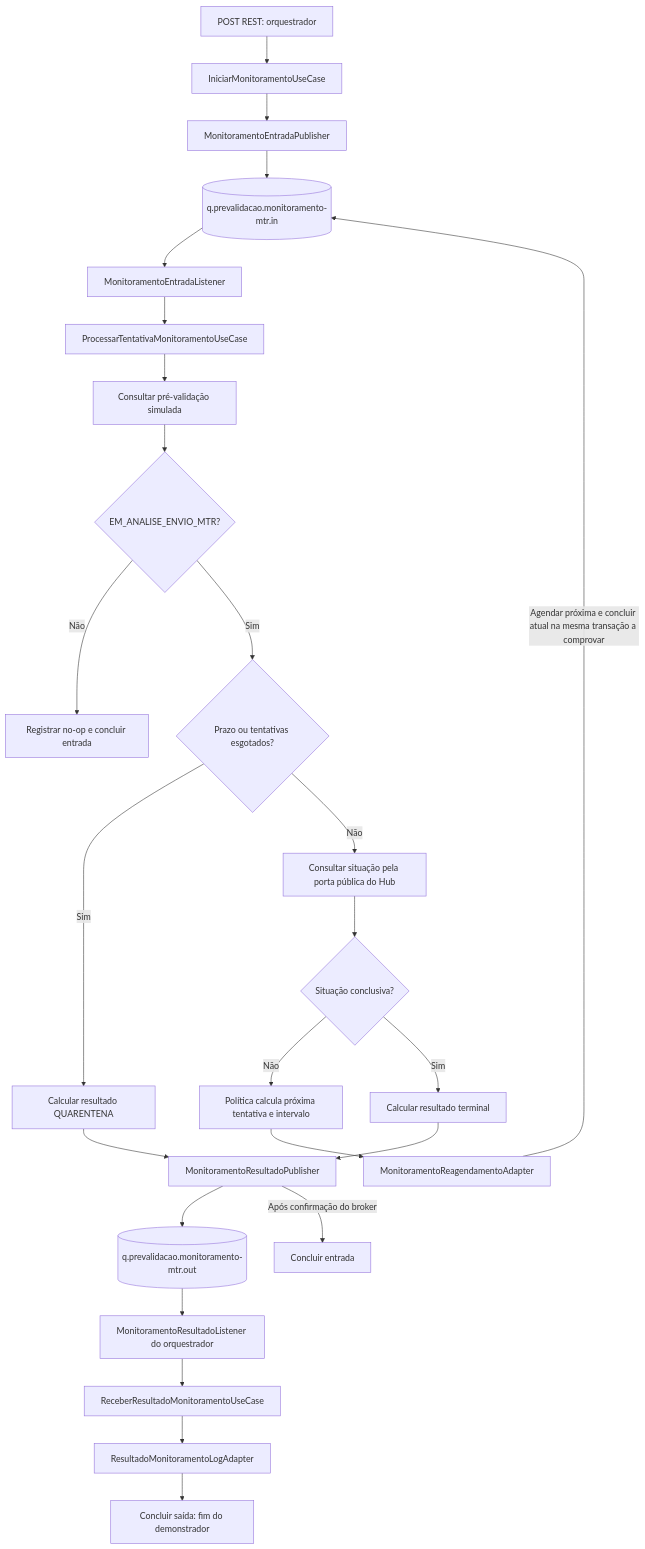
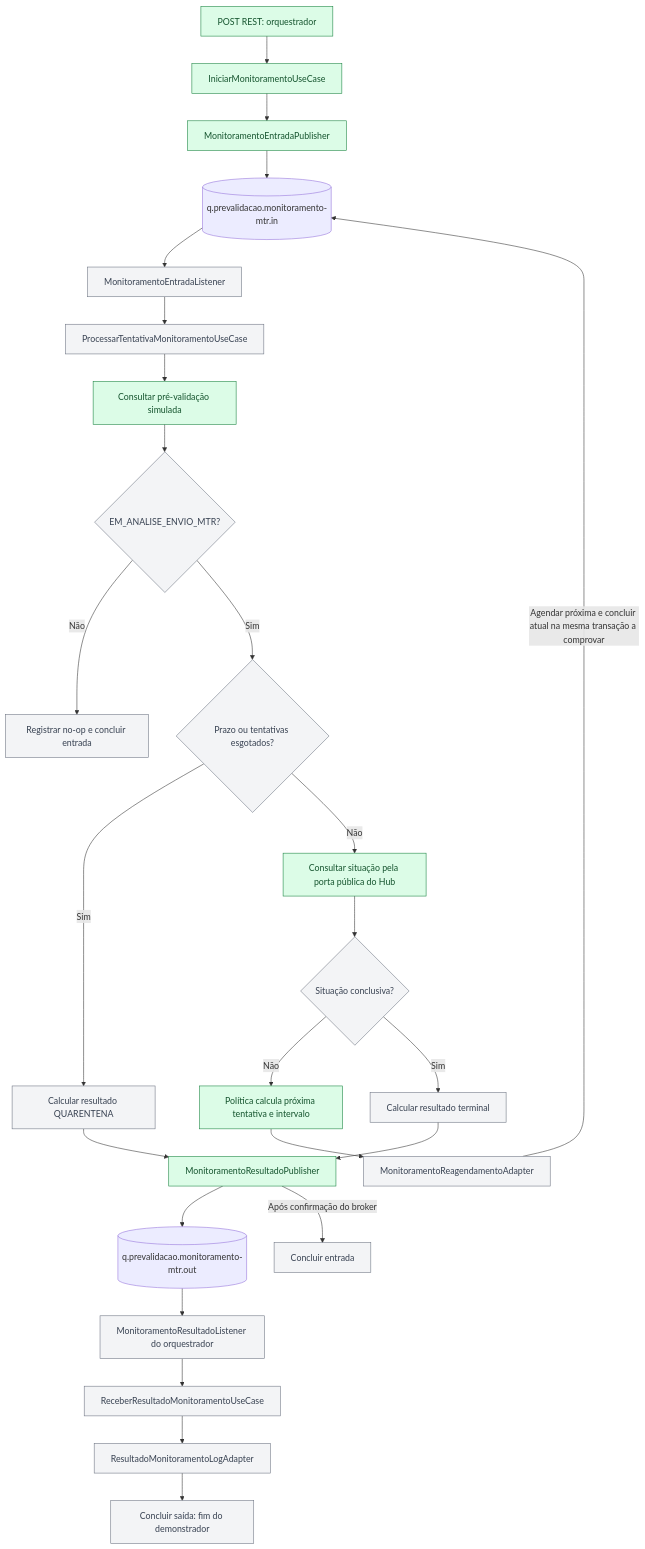
One commit to edoardo-bianco/arvore-documento-quarkus-proxy-ft-simulador-otel changed the diagram in tasks/features/orquestrador-monitoramento-service-bus/guia-desenvolvimento.md. Above: the diagram before and after it, drawn with Mermaid. The commit also changed other lines of this file and 59 other files, not shown here.

````diff
--- a/tasks/features/orquestrador-monitoramento-service-bus/guia-desenvolvimento.md
+++ b/tasks/features/orquestrador-monitoramento-service-bus/guia-desenvolvimento.md
@@ -71,27 +105,31 @@
 ```mermaid
 flowchart TD
     REST["POST REST: orquestrador"] --> INICIAR["IniciarMonitoramentoUseCase"]
     INICIAR --> PUBIN["MonitoramentoEntradaPublisher"]
     PUBIN --> QIN[("q.prevalidacao.monitoramento-mtr.in")]
     QIN --> LIN["MonitoramentoEntradaListener"]
     LIN --> PROCESSAR["ProcessarTentativaMonitoramentoUseCase"]
     PROCESSAR --> PRE["Consultar pré-validação simulada"]
     PRE --> ELEGIVEL{"EM_ANALISE_ENVIO_MTR?"}
     ELEGIVEL -->|Não| NOOP["Registrar no-op e concluir entrada"]
     ELEGIVEL -->|Sim| LIMITE{"Prazo ou tentativas esgotados?"}
     LIMITE -->|Sim| QUARENTENA["Calcular resultado QUARENTENA"]
     LIMITE -->|Não| HUB["Consultar situação pela porta pública do Hub"]
     HUB --> CONCLUSIVO{"Situação conclusiva?"}
     CONCLUSIVO -->|Não| POLITICA["Política calcula próxima tentativa e intervalo"]
     POLITICA --> REAGENDAR["MonitoramentoReagendamentoAdapter"]
     REAGENDAR -->|"Agendar próxima e concluir atual na mesma transação a comprovar"| QIN
     CONCLUSIVO -->|Sim| RESULTADO["Calcular resultado terminal"]
     RESULTADO --> PUBOUT["MonitoramentoResultadoPublisher"]
     QUARENTENA --> PUBOUT
     PUBOUT --> QOUT[("q.prevalidacao.monitoramento-mtr.out")]
     PUBOUT -->|"Após confirmação do broker"| COMPLETEIN["Concluir entrada"]
     QOUT --> LOUT["MonitoramentoResultadoListener do orquestrador"]
     LOUT --> RECEBER["ReceberResultadoMonitoramentoUseCase"]
     RECEBER --> LOG["ResultadoMonitoramentoLogAdapter"]
     LOG --> FIM["Concluir saída: fim do demonstrador"]
+    classDef implementado fill:#dcfce7,stroke:#15803d,color:#14532d;
+    classDef pendente fill:#f3f4f6,stroke:#6b7280,color:#374151;
+    class REST,INICIAR,PUBIN,PRE,HUB,POLITICA,PUBOUT implementado;
+    class LIN,PROCESSAR,ELEGIVEL,NOOP,LIMITE,QUARENTENA,CONCLUSIVO,REAGENDAR,RESULTADO,COMPLETEIN,LOUT,RECEBER,LOG,FIM pendente;
 ```
````
